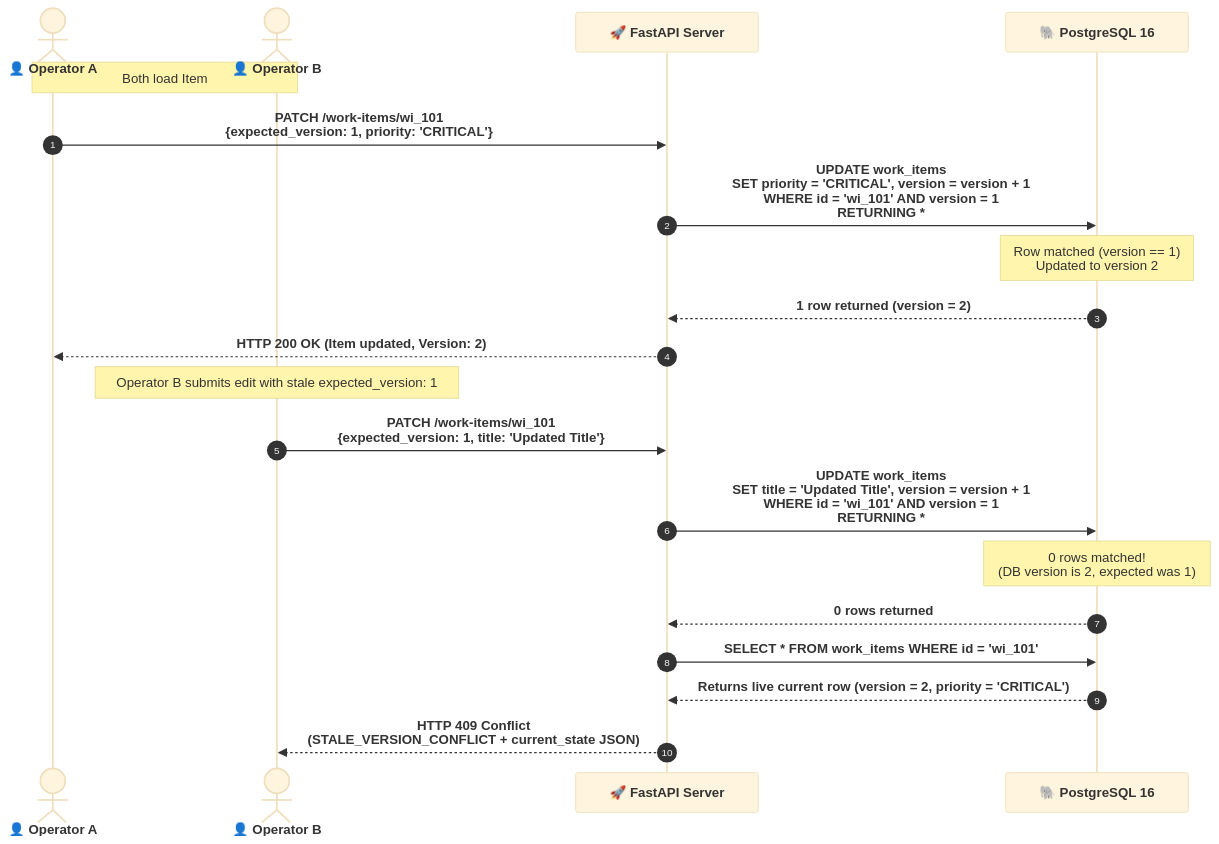
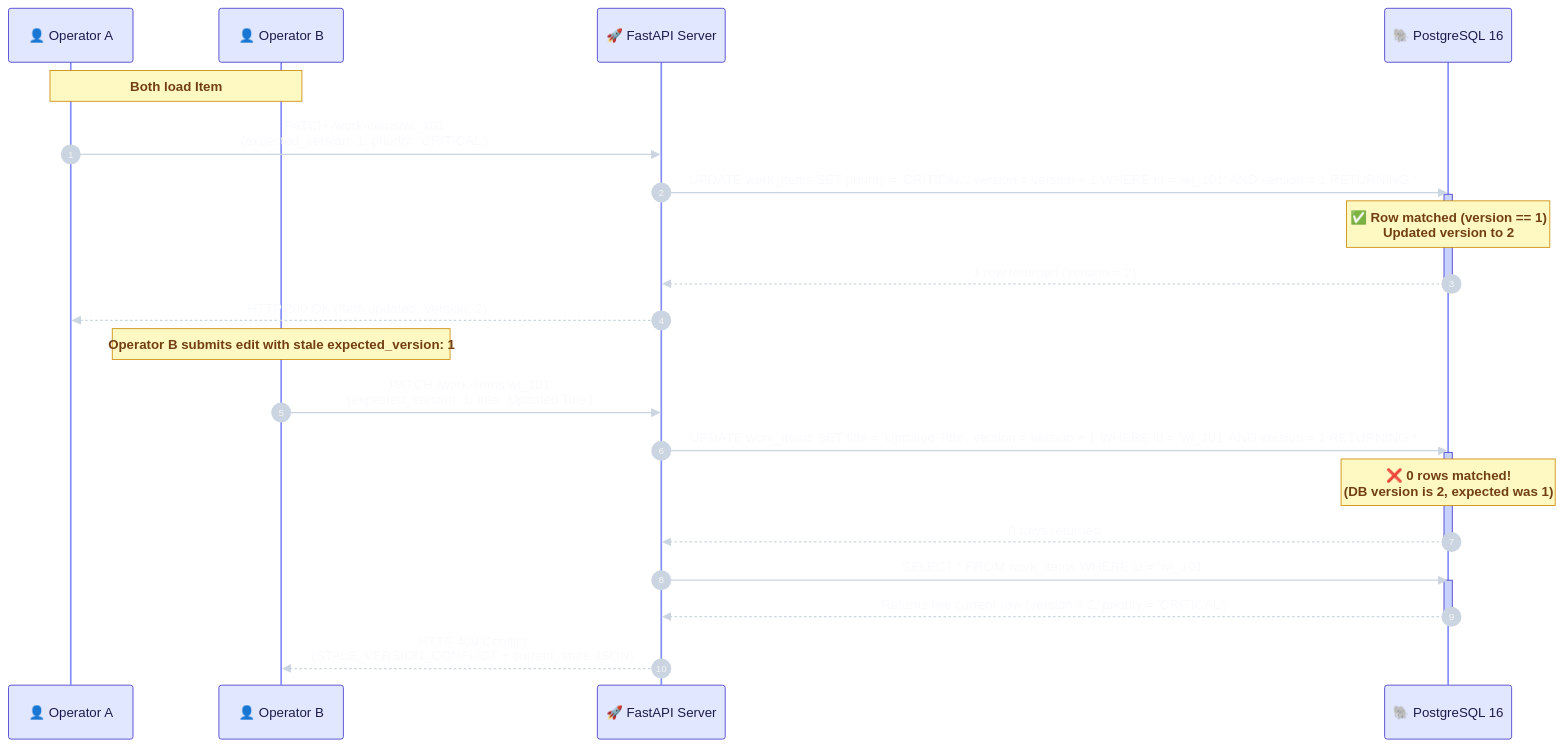
Before and after one commit to matrix-1407/OpsPulse-Newtonite: the fourth of 6 diagrams in README.md, drawn with Mermaid. The commit also changed other lines of this file and 1 other file, not shown here.

Commit message:
docs: improve readability, colors and fix Mermaid parse errors in diagrams

````diff
--- a/README.md
+++ b/README.md
@@ -224,42 +258,57 @@
 ```mermaid
 %%{init: {
   'theme': 'base',
   'themeVariables': {
-    'fontFamily': 'Inter, -apple-system, BlinkMacSystemFont, Segoe UI, Roboto, sans-serif'
-  },
-  'sequence': {
-    'actorFontSize': 17,
+    'fontFamily': 'Inter, system-ui, -apple-system, sans-serif',
+    'actorFontSize': 15,
     'actorFontWeight': 700,
-    'noteFontSize': 15,
+    'actorBkg': '#e0e7ff',
+    'actorBorder': '#4338ca',
+    'actorTextColor': '#1e1b4b',
+    'actorLineColor': '#818cf8',
+    'signalColor': '#cbd5e1',
+    'signalTextColor': '#f8fafc',
+    'messageFontSize': 14,
+    'messageFontWeight': 600,
+    'noteFontSize': 13,
     'noteFontWeight': 600,
-    'messageFontSize': 15,
-    'messageFontWeight': 600,
+    'noteBkgColor': '#fef9c3',
+    'noteBorderColor': '#ca8a04',
+    'noteTextColor': '#713f12',
+    'activationBkgColor': '#c7d2fe',
+    'activationBorderColor': '#4338ca',
     'width': 220,
     'height': 48,
     'boxMargin': 12,
     'messageMargin': 35
   }
 }}%%
 sequenceDiagram
     autonumber
-    actor EditorA as 👤 Operator A
-    actor EditorB as 👤 Operator B
+    participant EditorA as 👤 Operator A
+    participant EditorB as 👤 Operator B
     participant API as 🚀 FastAPI Server
     participant DB as 🐘 PostgreSQL 16
 
-    Note over EditorA, EditorB: Both load Item #wi_101 at Version 1
+    Note over EditorA, EditorB: Both load Item #wi_101 at current Version: 1
     EditorA->>API: PATCH /work-items/wi_101<br/>{expected_version: 1, priority: 'CRITICAL'}
-    API->>DB: UPDATE work_items<br/>SET priority = 'CRITICAL', version = version + 1<br/>WHERE id = 'wi_101' AND version = 1<br/>RETURNING *;
-    Note over DB: Row matched (version == 1)<br/>Updated to version 2
+    API->>DB: UPDATE work_items SET priority = 'CRITICAL', version = version + 1 WHERE id = 'wi_101' AND version = 1 RETURNING *
+    activate DB
+    Note over DB: ✅ Row matched (version == 1)<br/>Updated version to 2
     DB-->>API: 1 row returned (version = 2)
+    deactivate DB
     API-->>EditorA: HTTP 200 OK (Item updated, Version: 2)
 
     Note over EditorB: Operator B submits edit with stale expected_version: 1
     EditorB->>API: PATCH /work-items/wi_101<br/>{expected_version: 1, title: 'Updated Title'}
-    API->>DB: UPDATE work_items<br/>SET title = 'Updated Title', version = version + 1<br/>WHERE id = 'wi_101' AND version = 1<br/>RETURNING *;
-    Note over DB: 0 rows matched!<br/>(DB version is 2, expected was 1)
+    API->>DB: UPDATE work_items SET title = 'Updated Title', version = version + 1 WHERE id = 'wi_101' AND version = 1 RETURNING *
+    activate DB
+    Note over DB: ❌ 0 rows matched!<br/>(DB version is 2, expected was 1)
     DB-->>API: 0 rows returned
-    API->>DB: SELECT * FROM work_items WHERE id = 'wi_101';
+    deactivate DB
+    API->>DB: SELECT * FROM work_items WHERE id = 'wi_101'
+    activate DB
     DB-->>API: Returns live current row (version = 2, priority = 'CRITICAL')
+    deactivate DB
     API-->>EditorB: HTTP 409 Conflict<br/>(STALE_VERSION_CONFLICT + current_state JSON)
 ```
````
